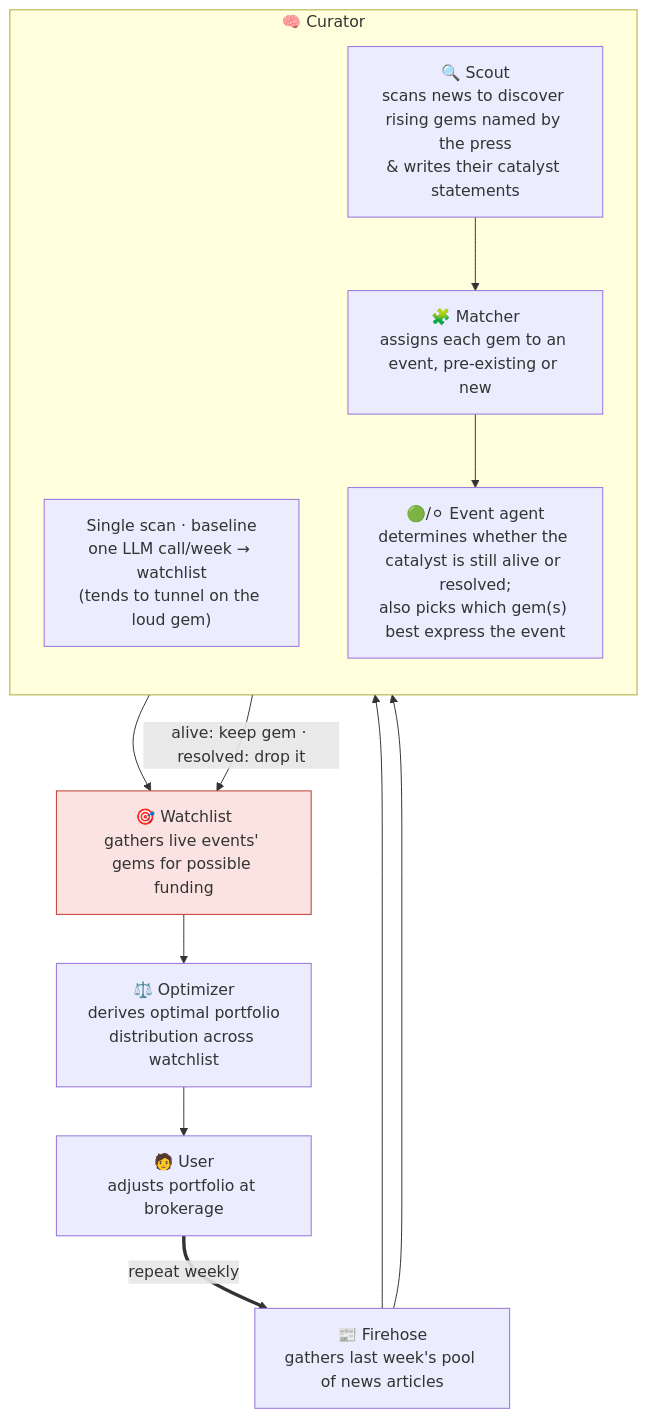
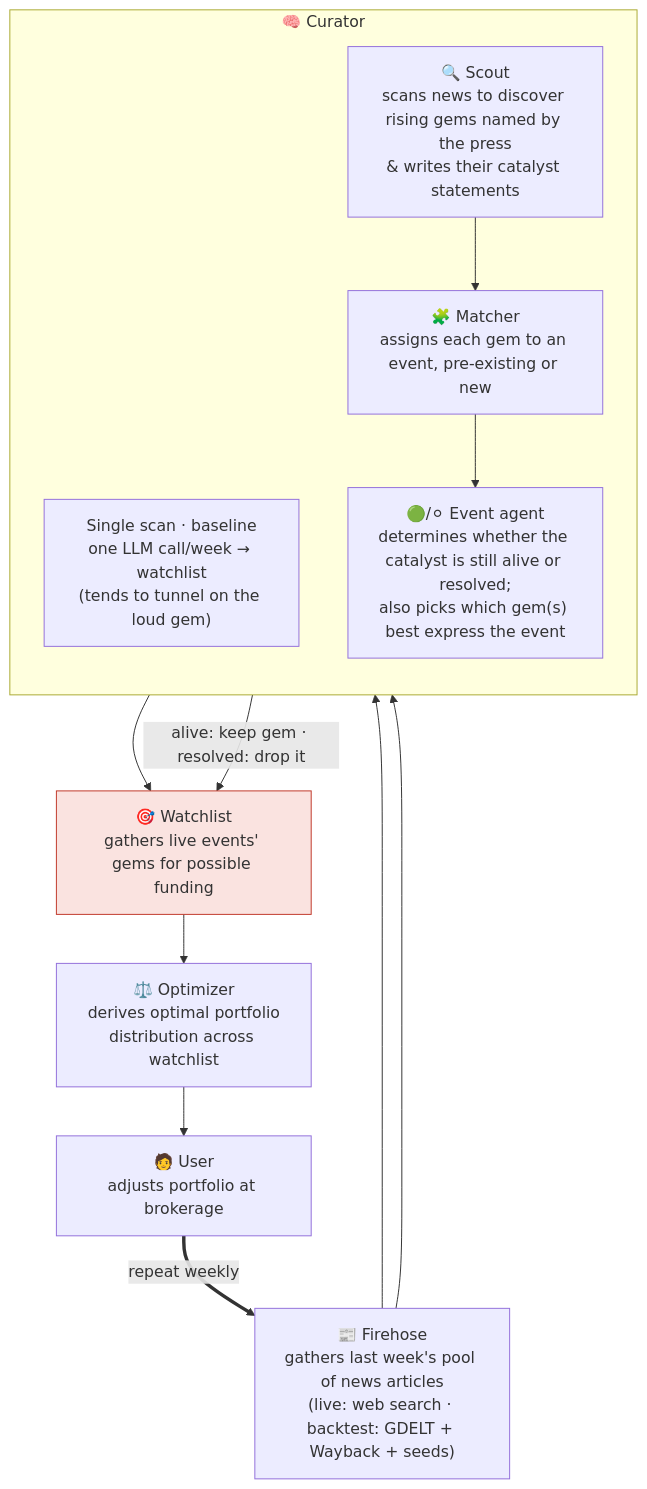
One commit to joehahn/geo-herd-rider changed the diagram in README.md. Above: the diagram before and after it, drawn with Mermaid.

Commit message:
README: Firehose diagram box notes its two source modes (live vs backtest)

````diff
--- a/README.md
+++ b/README.md
@@ -18,27 +18,27 @@
 ```mermaid
 flowchart TD
-    S["📰 Firehose<br/>gathers last week's pool of news articles"]
+    S["📰 Firehose<br/>gathers last week's pool of news articles<br/>(live: web search · backtest: GDELT + Wayback + seeds)"]
 
     subgraph CUR["🧠 Curator"]
       direction TB
       SS["Single scan · baseline<br/>one LLM call/week → watchlist<br/>(tends to tunnel on the loud gem)"]
       SC["🔍 Scout<br/>scans news to discover rising gems named by the press<br/>& writes their catalyst statements"]
       MA["🧩 Matcher<br/>assigns each gem to an event, pre-existing or new"]
       AG["🟢/⚪ Event agent<br/>determines whether the catalyst is still alive or resolved;<br/>also picks which gem(s) best express the event"]
       SC --> MA --> AG
     end
 
     E["🎯 Watchlist<br/>gathers live events' gems for possible funding"]
     W["⚖️ Optimizer<br/>derives optimal portfolio<br/>distribution across watchlist"]
     U["🧑 User<br/>adjusts portfolio at brokerage"]
 
     S --> SS
     S --> SC
     SS --> E
     AG -- "alive: keep gem · resolved: drop it" --> E
     E --> W --> U
     U == "repeat weekly" ==> S
 
     classDef bet fill:#fae3e0,stroke:#c0392b;
     class E bet
 ```
````
